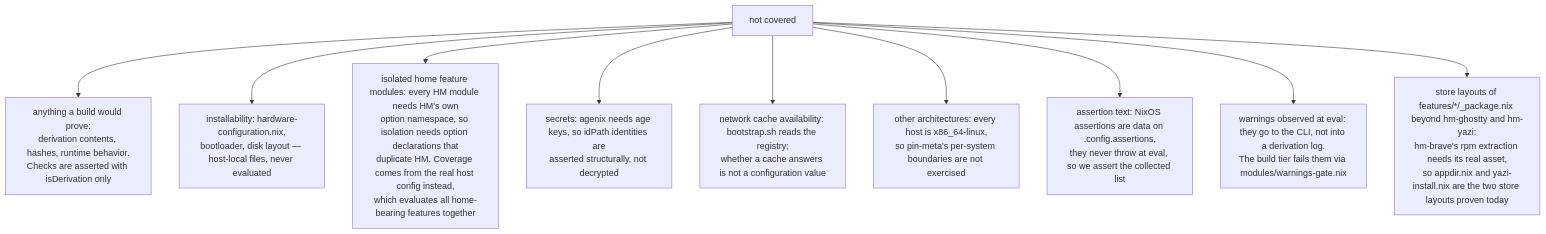
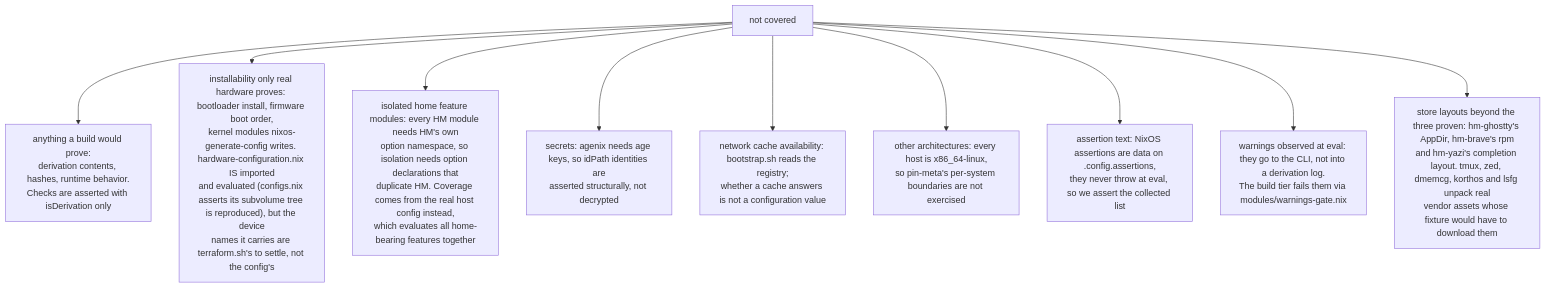
Before and after one commit to WombatFromHell/automatic-palm-tree: the fifth of 5 diagrams in TEST_DESIGN.md, drawn with Mermaid. The commit also changed other lines of this file and 7 other files, not shown here.

````diff
--- a/TEST_DESIGN.md
+++ b/TEST_DESIGN.md
@@ -293,12 +401,12 @@
 ```mermaid
 flowchart TD
   N["not covered"] --> N1["anything a build would prove:<br/>derivation contents, hashes, runtime behavior.<br/>Checks are asserted with isDerivation only"]
-  N --> N2["installability: hardware-configuration.nix,<br/>bootloader, disk layout — host-local files, never evaluated"]
+  N --> N2["installability only real hardware proves: bootloader install, firmware boot order,<br/>kernel modules nixos-generate-config writes. hardware-configuration.nix IS imported<br/>and evaluated (configs.nix asserts its subvolume tree is reproduced), but the device<br/>names it carries are terraform.sh's to settle, not the config's"]
   N --> N3["isolated home feature modules: every HM module needs HM's own<br/>option namespace, so isolation needs option declarations that<br/>duplicate HM. Coverage comes from the real host config instead,<br/>which evaluates all home-bearing features together"]
   N --> N4["secrets: agenix needs age keys, so idPath identities are<br/>asserted structurally, not decrypted"]
   N --> N5["network cache availability: bootstrap.sh reads the registry;<br/>whether a cache answers is not a configuration value"]
   N --> N6["other architectures: every host is x86_64-linux,<br/>so pin-meta's per-system boundaries are not exercised"]
   N --> N7["assertion text: NixOS assertions are data on .config.assertions,<br/>they never throw at eval, so we assert the collected list"]
   N --> N8["warnings observed at eval: they go to the CLI, not into a derivation log.<br/>The build tier fails them via modules/warnings-gate.nix"]
-  N --> N9["store layouts of features/*/_package.nix beyond hm-ghostty and hm-yazi:<br/>hm-brave's rpm extraction needs its real asset,<br/>so appdir.nix and yazi-install.nix are the two store layouts proven today"]
+  N --> N9["store layouts beyond the three proven: hm-ghostty's AppDir, hm-brave's rpm<br/>and hm-yazi's completion layout. tmux, zed, dmemcg, korthos and lsfg unpack real<br/>vendor assets whose fixture would have to download them"]
 ```
````
